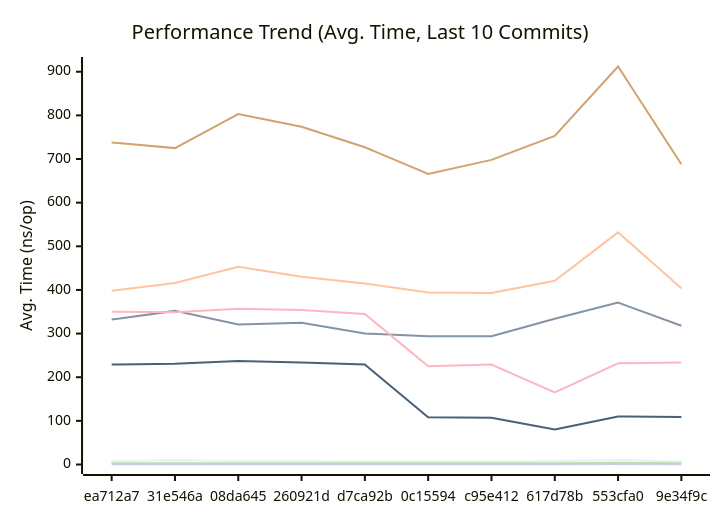
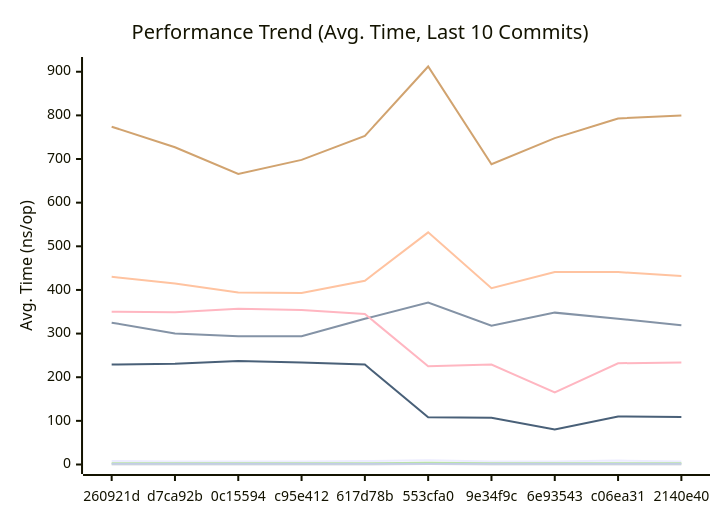
One commit to alsotoes/momo changed the first of 3 diagrams in docs/PERFORMANCE.md. Above: the diagram before and after it, drawn with Mermaid. The commit also changed other lines of this file and 34 other files, not shown here.

````diff
--- a/docs/PERFORMANCE.md
+++ b/docs/PERFORMANCE.md
@@ -80,16 +80,16 @@
 ```mermaid
 xychart-beta
     title "Performance Trend (Avg. Time, Last 10 Commits)"
     x-axis "Commit"
     y-axis "Avg. Time (ns/op)"
-    x-axis [ea712a7,31e546a,08da645,260921d,d7ca92b,0c15594,c95e412,617d78b,553cfa0,9e34f9c]
-    line "CheckMetricsAndSwap" [8,10,8,8,7,7,7,8,10,7]
-    line "CrushOptimized" [332,352,321,325,300,294,294,334,371,318]
-    line "CrushOriginal" [398,416,453,430,415,394,393,421,532,404]
-    line "IndexDirectTracking" [0,0,0,0,0,0,0,0,1,0]
-    line "IndexSearch" [3,3,3,3,3,3,3,3,4,3]
-    line "LoadGlobalConfig" [738,725,803,774,727,666,698,753,912,688]
+    x-axis [260921d,d7ca92b,0c15594,c95e412,617d78b,553cfa0,9e34f9c,6e93543,c06ea31,2140e40]
+    line "CheckMetricsAndSwap" [8,7,7,7,8,10,7,7,9,7]
+    line "CrushOptimized" [325,300,294,294,334,371,318,348,334,319]
+    line "CrushOriginal" [430,415,394,393,421,532,404,441,441,432]
+    line "IndexDirectTracking" [0,0,0,0,0,1,0,0,0,0]
+    line "IndexSearch" [3,3,3,3,3,4,3,3,3,3]
+    line "LoadGlobalConfig" [774,727,666,698,753,912,688,748,793,800]
     line "PadString" [2,2,2,2,2,2,2,2,2,2]
     line "ParseReplicationOrder_NoPrealloc" [350,349,357,354,345,225,229,165,232,234]
     line "ParseReplicationOrder_Prealloc" [229,231,237,234,229,108,107,80,110,109]
 ```
````
